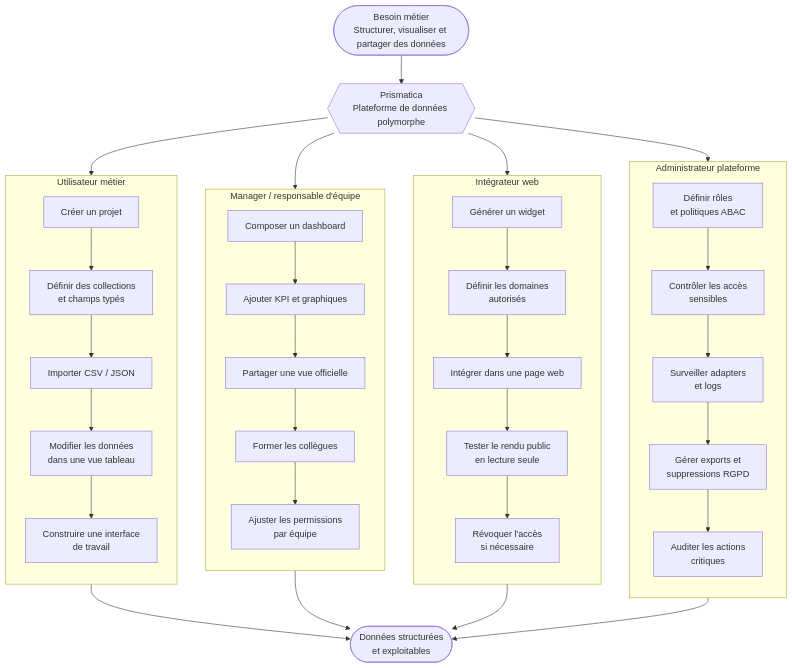
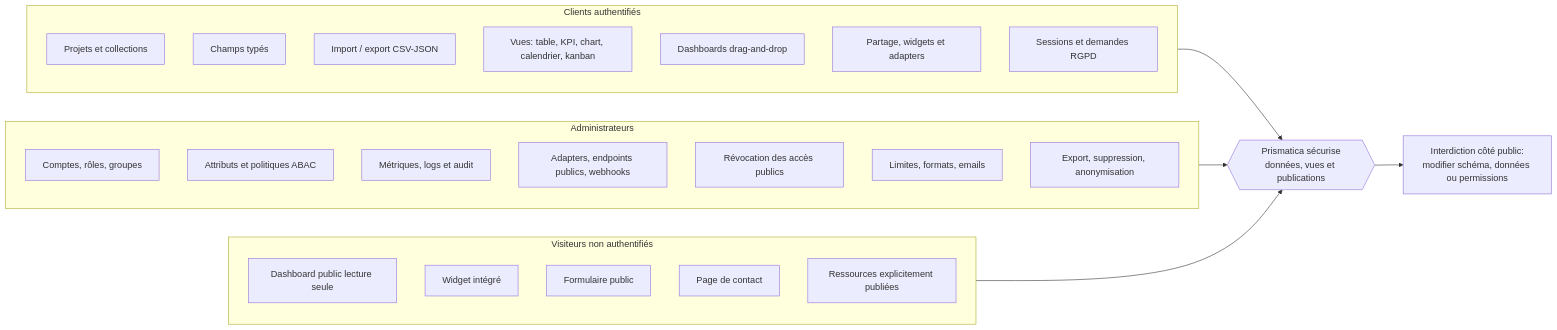
The third of 17 diagrams in docs/dossier-projet.md (Univers42/grobase), drawn with Mermaid before and after one commit. The commit also changed other lines of this file and 8 other files, not shown here.

````diff
--- a/docs/dossier-projet.md
+++ b/docs/dossier-projet.md
@@ -252,57 +278,35 @@
 ```mermaid
-flowchart TB
-  Start([Besoin métier<br/>Structurer, visualiser et partager des données])
-  Core{{Prismatica<br/>Plateforme de données polymorphe}}
-
-  Start --> Core
-
-  subgraph P1[Utilisateur métier]
-    direction TB
-    U1[Créer un projet]
-    U2[Définir des collections<br/>et champs typés]
-    U3[Importer CSV / JSON]
-    U4[Modifier les données<br/>dans une vue tableau]
-    U5[Construire une interface<br/>de travail]
-    U1 --> U2 --> U3 --> U4 --> U5
+flowchart LR
+  subgraph C[Clients authentifiés]
+    C1[Projets et collections]
+    C2[Champs typés]
+    C3[Import / export CSV-JSON]
+    C4[Vues: table, KPI, chart, calendrier, kanban]
+    C5[Dashboards drag-and-drop]
+    C6[Partage, widgets et adapters]
+    C7[Sessions et demandes RGPD]
   end
 
-  subgraph P2[Manager / responsable d'équipe]
-    direction TB
-    M1[Composer un dashboard]
-    M2[Ajouter KPI et graphiques]
-    M3[Partager une vue officielle]
-    M4[Former les collègues]
-    M5[Ajuster les permissions<br/>par équipe]
-    M1 --> M2 --> M3 --> M4 --> M5
+  subgraph A[Administrateurs]
+    A1[Comptes, rôles, groupes]
+    A2[Attributs et politiques ABAC]
+    A3[Métriques, logs et audit]
+    A4[Adapters, endpoints publics, webhooks]
+    A5[Révocation des accès publics]
+    A6[Limites, formats, emails]
+    A7[Export, suppression, anonymisation]
   end
 
-  subgraph P3[Intégrateur web]
-    direction TB
-    I1[Générer un widget]
-    I2[Définir les domaines<br/>autorisés]
-    I3[Intégrer dans une page web]
-    I4[Tester le rendu public<br/>en lecture seule]
-    I5[Révoquer l'accès<br/>si nécessaire]
-    I1 --> I2 --> I3 --> I4 --> I5
+  subgraph V[Visiteurs non authentifiés]
+    V1[Dashboard public lecture seule]
+    V2[Widget intégré]
+    V3[Formulaire public]
+    V4[Page de contact]
+    V5[Ressources explicitement publiées]
   end
 
-  subgraph P4[Administrateur plateforme]
-    direction TB
-    A1[Définir rôles<br/>et politiques ABAC]
-    A2[Contrôler les accès<br/>sensibles]
-    A3[Surveiller adapters<br/>et logs]
-    A4[Gérer exports et<br/>suppressions RGPD]
-    A5[Auditer les actions<br/>critiques]
-    A1 --> A2 --> A3 --> A4 --> A5
-  end
-
-  Core --> P1
-  Core --> P2
-  Core --> P3
-  Core --> P4
-
-  P1 --> Result([Données structurées<br/>et exploitables])
-  P2 --> Result
-  P3 --> Result
-  P4 --> Result
+  C --> S{{Prismatica sécurise<br/>données, vues et publications}}
+  A --> S
+  V --> S
+  S --> R[Interdiction côté public:<br/>modifier schéma, données ou permissions]
 ```
````
